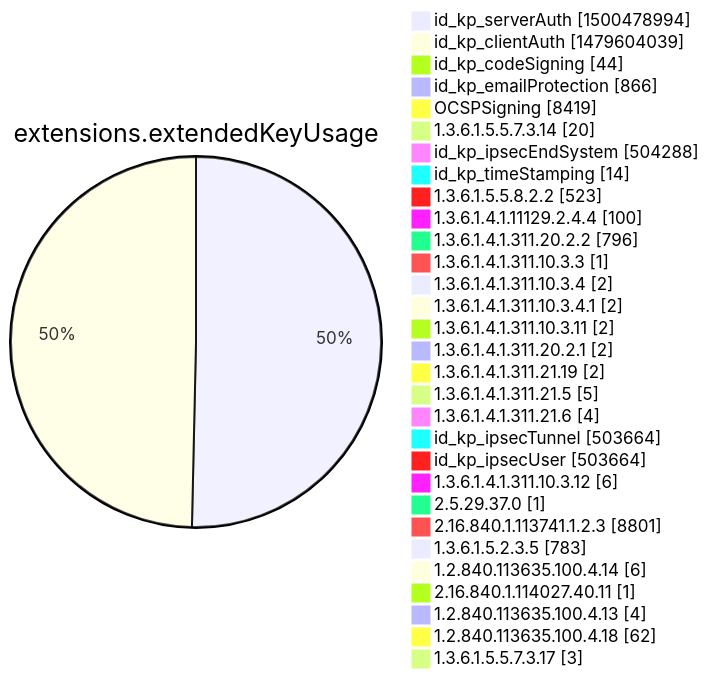
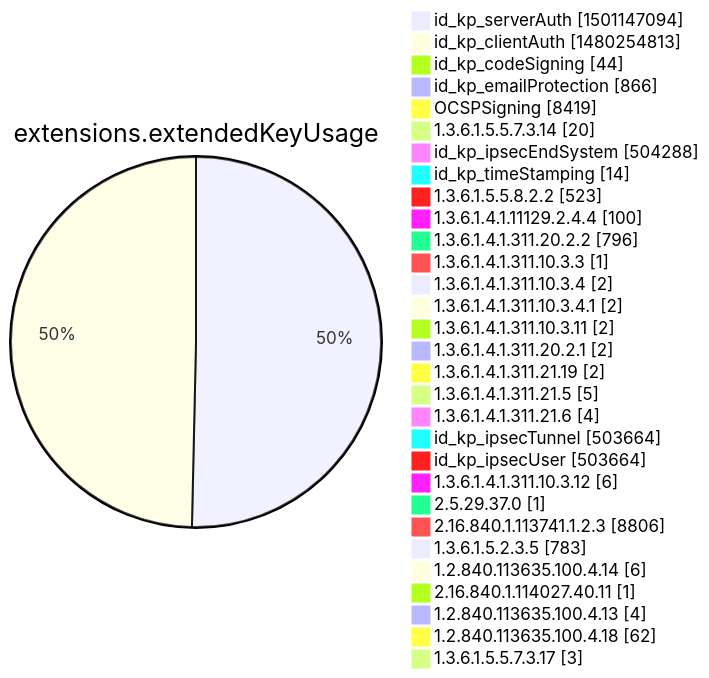
Diagram 12 of 15 in argon2022/README.md (christiankrug/ctmonitor_visualization), drawn with Mermaid before and after one commit. The commit also changed other lines of this file, not shown here.

````diff
--- a/argon2022/README.md
+++ b/argon2022/README.md
@@ -3555,34 +3555,34 @@
 ```mermaid
 pie showData
 title extensions.extendedKeyUsage
-"id_kp_serverAuth" :1500478994
-"id_kp_clientAuth" :1479604039
+"id_kp_serverAuth" :1501147094
+"id_kp_clientAuth" :1480254813
 "id_kp_codeSigning" :44
 "id_kp_emailProtection" :866
 "OCSPSigning" :8419
 "1.3.6.1.5.5.7.3.14" :20
 "id_kp_ipsecEndSystem" :504288
 "id_kp_timeStamping" :14
 "1.3.6.1.5.5.8.2.2" :523
 "1.3.6.1.4.1.11129.2.4.4" :100
 "1.3.6.1.4.1.311.20.2.2" :796
 "1.3.6.1.4.1.311.10.3.3" :1
 "1.3.6.1.4.1.311.10.3.4" :2
 "1.3.6.1.4.1.311.10.3.4.1" :2
 "1.3.6.1.4.1.311.10.3.11" :2
 "1.3.6.1.4.1.311.20.2.1" :2
 "1.3.6.1.4.1.311.21.19" :2
 "1.3.6.1.4.1.311.21.5" :5
 "1.3.6.1.4.1.311.21.6" :4
 "id_kp_ipsecTunnel" :503664
 "id_kp_ipsecUser" :503664
 "1.3.6.1.4.1.311.10.3.12" :6
 "2.5.29.37.0" :1
-"2.16.840.1.113741.1.2.3" :8801
+"2.16.840.1.113741.1.2.3" :8806
 "1.3.6.1.5.2.3.5" :783
 "1.2.840.113635.100.4.14" :6
 "2.16.840.1.114027.40.11" :1
 "1.2.840.113635.100.4.13" :4
 "1.2.840.113635.100.4.18" :62
 "1.3.6.1.5.5.7.3.17" :3
 ```
````
